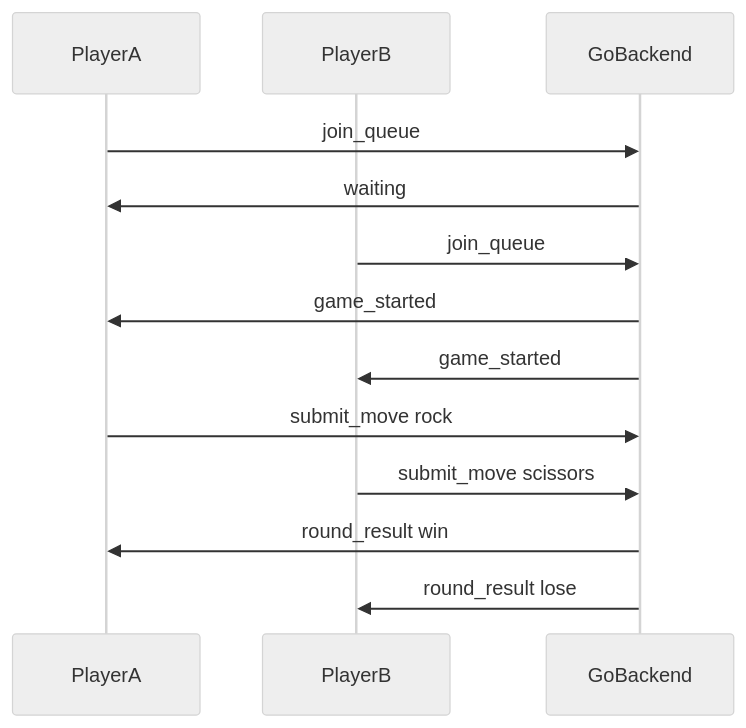
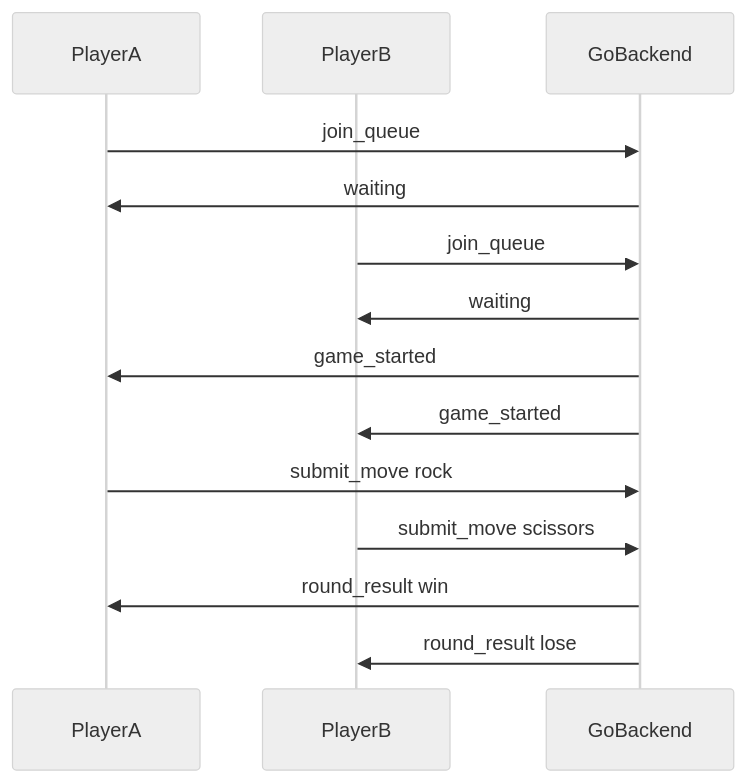
Before and after one commit to AlanWaP/RSP: the second of 2 diagrams in DESIGN.md, drawn with Mermaid (neutral theme). The commit also changed other lines of this file and 6 other files, not shown here.

Commit message:
Update docs for current deployment flow

````diff
--- a/DESIGN.md
+++ b/DESIGN.md
@@ -53,16 +57,17 @@
 ```mermaid
 sequenceDiagram
   participant A as PlayerA
   participant B as PlayerB
   participant S as GoBackend
 
   A->>S: join_queue
   S->>A: waiting
   B->>S: join_queue
+  S->>B: waiting
   S->>A: game_started
   S->>B: game_started
   A->>S: submit_move rock
   B->>S: submit_move scissors
   S->>A: round_result win
   S->>B: round_result lose
 ```
````
